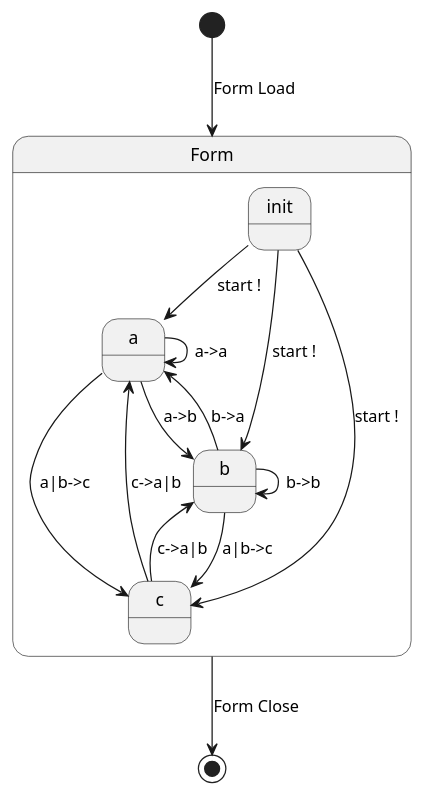
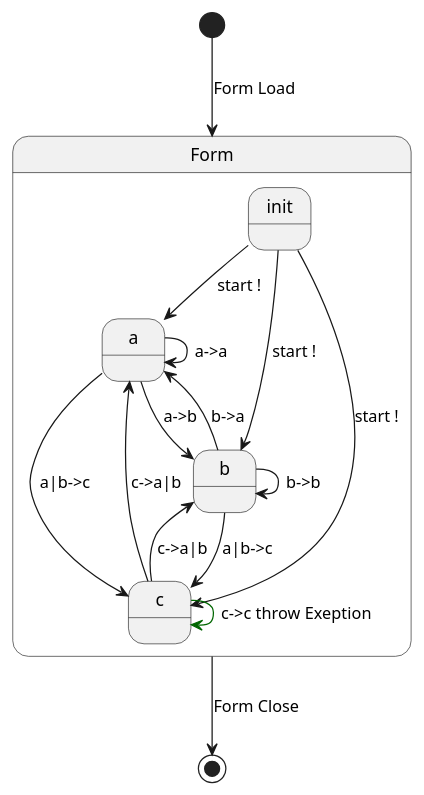
One commit to visyeii/StateVector changed the diagram in SampleState.pu. Above: the diagram before and after it, drawn with PlantUML. The commit also changed 3 other files, not shown here.

```diff
--- a/SampleState.pu
+++ b/SampleState.pu
@@ -1,19 +1,19 @@
-@startuml
+@startuml name
 [*] --> Form : Form Load
 
 state Form {
     init --> a : start !
     init  --> b : start !
     init --> c : start !
     a --> b : a->b
     b --> a : b->a
     a --> a : a->a 
     b --> b : b->b
     a --> c : a|b->c
     b --> c : a|b->c
     c --> a : c->a|b
     c --> b : c->a|b
+    c -[#006600]-> c : c->c throw Exeption 
 }
-
 Form --> [*] : Form Close
 @enduml
```
